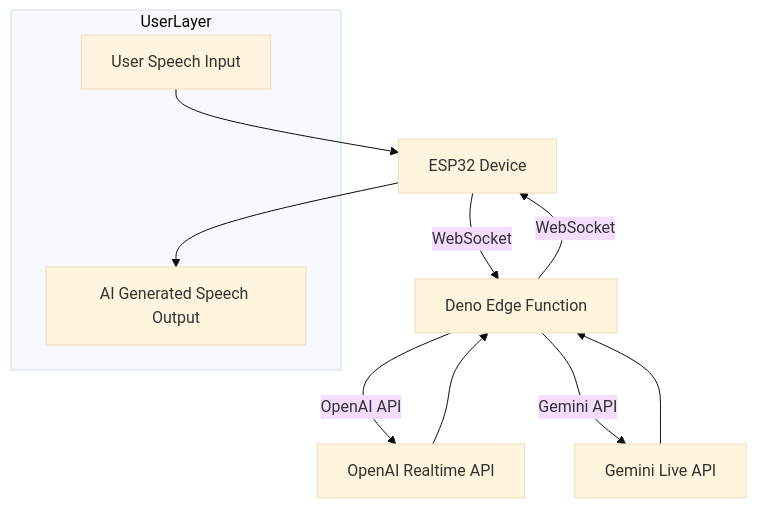
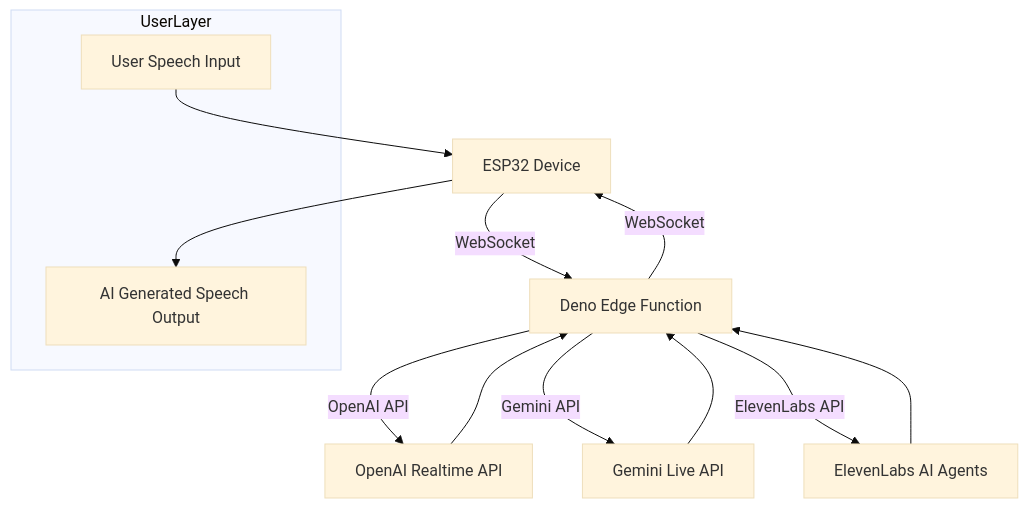
The first of 2 diagrams in README.md (namankharbanda007/dev-vani), drawn with Mermaid (base theme) before and after one commit. The commit also changed other lines of this file and 5 other files, not shown here.

Commit message:
adding eleven labs support

````diff
--- a/README.md
+++ b/README.md
@@ -229,16 +228,18 @@
 ```mermaid
 flowchart TD
   subgraph UserLayer
     UserInput[User Speech Input]
     UserOutput[AI Generated Speech Output]
   end
   
   UserInput --> ESP32
   ESP32[ESP32 Device] -->|WebSocket| Edge[Deno Edge Function]
   Edge -->|OpenAI API| OpenAI[OpenAI Realtime API]
   Edge -->|Gemini API| Gemini[Gemini Live API]
+  Edge -->|ElevenLabs API| ElevenLabs[ElevenLabs AI Agents]
   OpenAI --> Edge
   Gemini --> Edge
+  ElevenLabs --> Edge
   Edge -->|WebSocket| ESP32
   ESP32 --> UserOutput
 ```
````
